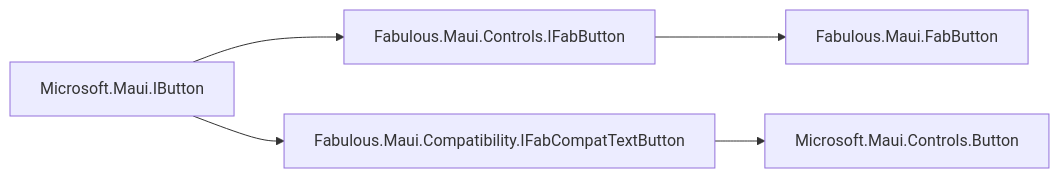
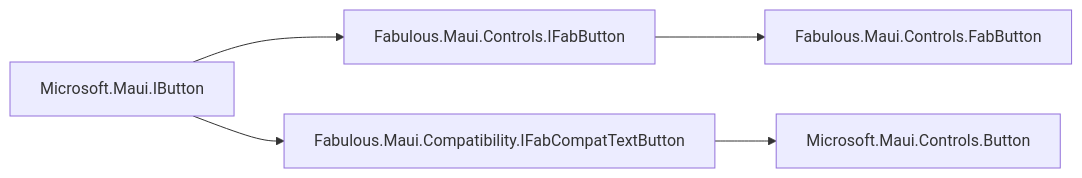
The diagram in README.md (fabulous-dev/Fabulous.Maui), drawn with Mermaid before and after one commit.

````diff
--- a/README.md
+++ b/README.md
@@ -105,7 +105,7 @@
 ```mermaid
 graph LR;
     A[Microsoft.Maui.IButton]-->B[Fabulous.Maui.Controls.IFabButton]
     A-->C[Fabulous.Maui.Compatibility.IFabCompatTextButton]
-    B-->D[Fabulous.Maui.FabButton]
+    B-->D[Fabulous.Maui.Controls.FabButton]
     C-->E[Microsoft.Maui.Controls.Button]
 ```
````
